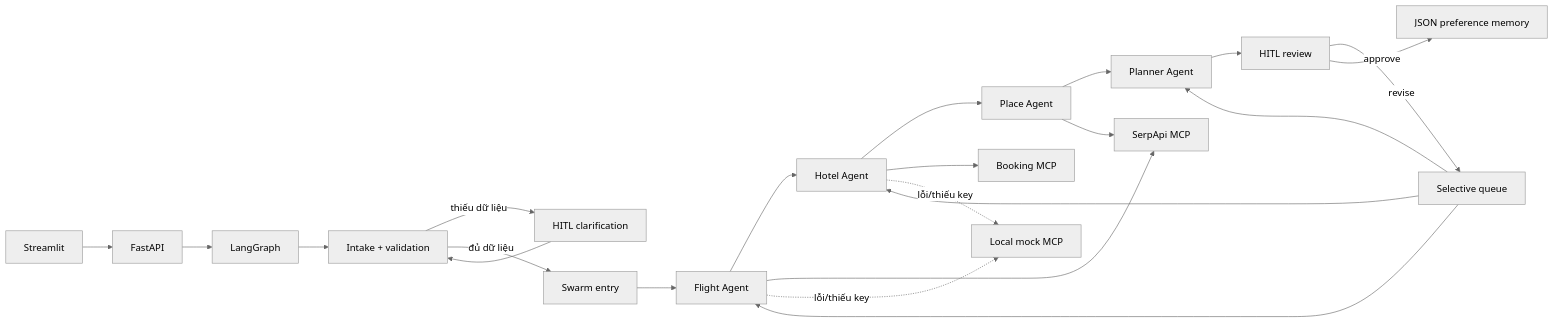
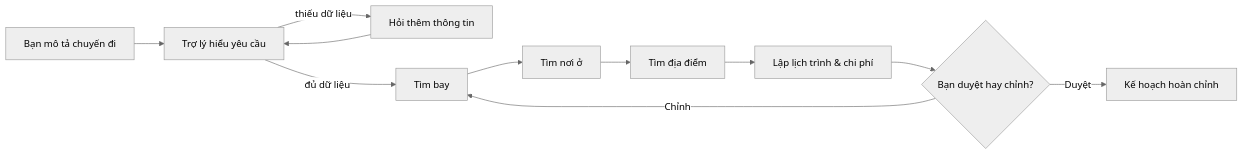
One commit to khanhlinh-jnf/agentic-travel-planner changed the diagram in README.md. Above: the diagram before and after it, drawn with Mermaid (neutral theme). The commit also changed other lines of this file and 3 other files, not shown here.

````diff
--- a/README.md
+++ b/README.md
@@ -36,24 +21,13 @@
 ```mermaid
 flowchart LR
-    UI[Streamlit] --> API[FastAPI]
-    API --> G[LangGraph]
-    G --> I[Intake + validation]
-    I -->|thiếu dữ liệu| C[HITL clarification]
+    A[Bạn mô tả chuyến đi] --> I[Trợ lý hiểu yêu cầu]
+    I -->|thiếu dữ liệu| C[Hỏi thêm thông tin]
     C --> I
-    I -->|đủ dữ liệu| S[Swarm entry]
-    S --> F[Flight Agent]
-    F --> H[Hotel Agent]
-    H --> L[Place Agent]
-    L --> P[Planner Agent]
-    P --> R[HITL review]
-    R -->|revise| Q[Selective queue]
-    Q --> F
-    Q --> H
-    Q --> P
-    R -->|approve| MEM[JSON preference memory]
-    F --> SMCP[SerpApi MCP]
-    H --> BMCP[Booking MCP]
-    L --> SMCP
-    F -. lỗi/thiếu key .-> MOCK[Local mock MCP]
-    H -. lỗi/thiếu key .-> MOCK
+    I -->|đủ dữ liệu| F[Tìm bay]
+    F --> H[Tìm nơi ở]
+    H --> L[Tìm địa điểm]
+    L --> P[Lập lịch trình & chi phí]
+    P --> R{Bạn duyệt hay chỉnh?}
+    R -->|Chỉnh| F
+    R -->|Duyệt| DONE[Kế hoạch hoàn chỉnh]
 ```
````
